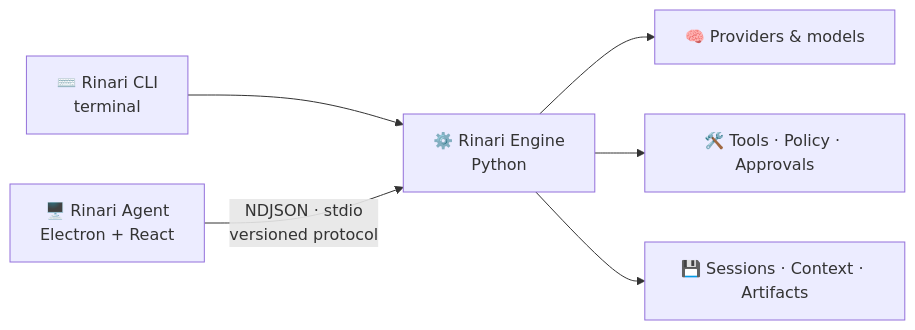
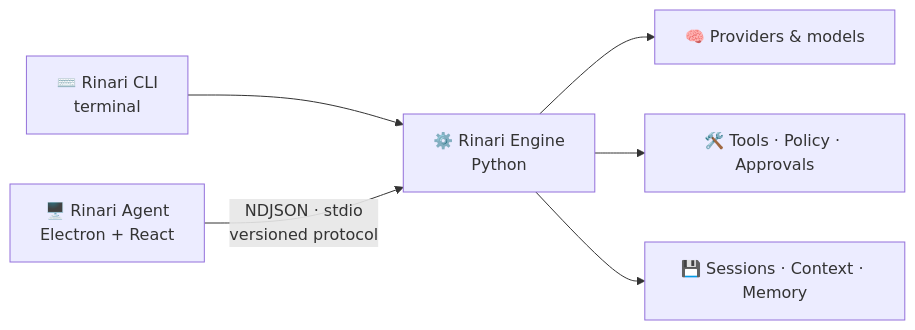
One commit to Xainner/Xainner changed the diagram in README.md. Above: the diagram before and after it, drawn with Mermaid. The commit also changed other lines of this file and 1 other file, not shown here.

````diff
--- a/README.md
+++ b/README.md
@@ -84,8 +97,8 @@
 ```mermaid
 flowchart LR
     CLI["⌨️ Rinari CLI<br/>terminal"] --> Engine
     Desktop["🖥️ Rinari Agent<br/>Electron + React"] -- "NDJSON · stdio<br/>versioned protocol" --> Engine
     Engine["⚙️ Rinari Engine<br/>Python"] --> Models["🧠 Providers & models"]
     Engine --> Tools["🛠️ Tools · Policy · Approvals"]
-    Engine --> State["💾 Sessions · Context · Artifacts"]
+    Engine --> State["💾 Sessions · Context · Memory"]
 ```
````
